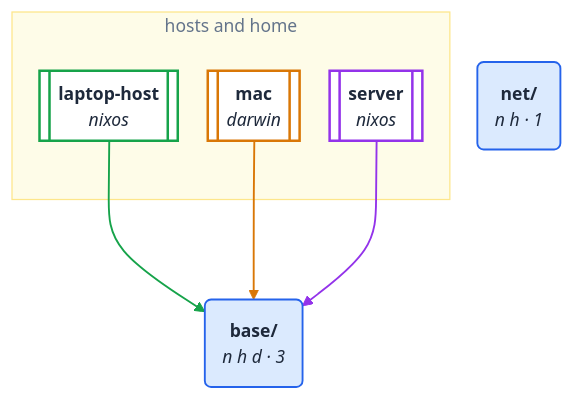
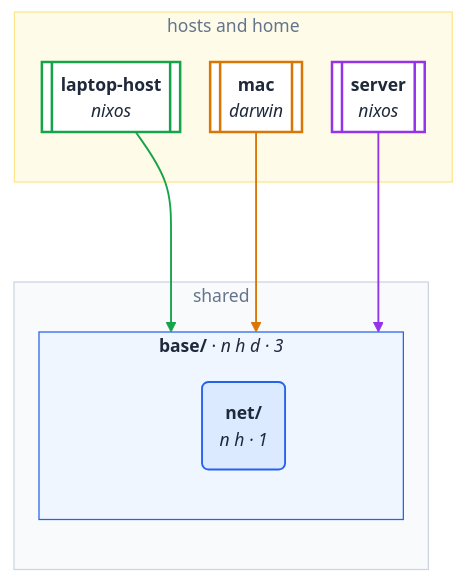
The second of 2 diagrams in tests/fixtures/drawings.md (NireBryce/flake-module-graph), drawn with Mermaid before and after one commit. The commit also changed 1 other file, not shown here.

Commit message:
Merge origin/main into feat/page; redraw what this PR moved
checks.markdown (from #7) failed on tests/fixtures/drawings.md: its
`hosts --category base` drawing is stale because this PR draws a
filtered category inside its area. Redrawn with the documented command;
the block is byte-identical to tests/expected/golden/hosts-base.mmd,
whose diff was read when the change was made. CHANGELOG: this PR's
lines under Unreleased.

````diff
--- a/tests/fixtures/drawings.md
+++ b/tests/fixtures/drawings.md
@@ -44,31 +44,37 @@
 ```mermaid
 %%{init: {"theme": "base", "themeVariables": {"fontFamily": "ui-sans-serif, system-ui, sans-serif", "fontSize": "14px", "lineColor": "#94a3b8"}, "flowchart": {"curve": "basis", "nodeSpacing": 24, "rankSpacing": 80, "padding": 14}}}%%
 flowchart TB
-    subgraph g0["hosts and home"]
-        n2[["<b>laptop-host</b><br/><i>nixos</i>"]]
-        n3[["<b>mac</b><br/><i>darwin</i>"]]
-        n4[["<b>server</b><br/><i>nixos</i>"]]
+    subgraph g0["shared"]
+        subgraph g1["<b>base/</b> · <i>n h d · 3</i>"]
+            n1("<b>net/</b><br/><i>n h · 1</i>")
+        end
     end
-    n0("<b>base/</b><br/><i>n h d · 3</i>")
-    n1("<b>net/</b><br/><i>n h · 1</i>")
-    n2 --> n0
-    n3 --> n0
-    n4 --> n0
+    subgraph g2["hosts and home"]
+        n3[["<b>laptop-host</b><br/><i>nixos</i>"]]
+        n4[["<b>mac</b><br/><i>darwin</i>"]]
+        n5[["<b>server</b><br/><i>nixos</i>"]]
+    end
+    n3 --> g1
+    n4 --> g1
+    n5 --> g1
+    n3 ~~~ n1
     linkStyle 0 stroke:#16a34a,stroke-width:1.5px
     linkStyle 1 stroke:#d97706,stroke-width:1.5px
     linkStyle 2 stroke:#9333ea,stroke-width:1.5px
-    style g0 fill:#fefce8,stroke:#fde68a,color:#64748b
-    style n2 stroke:#16a34a,stroke-width:2px
-    style n3 stroke:#d97706,stroke-width:2px
-    style n4 stroke:#9333ea,stroke-width:2px
+    style g0 fill:#f8fafc,stroke:#cbd5e1,color:#64748b
+    style g1 fill:#eff6ff,stroke:#2563eb,color:#1e293b
+    style g2 fill:#fefce8,stroke:#fde68a,color:#64748b
+    style n3 stroke:#16a34a,stroke-width:2px
+    style n4 stroke:#d97706,stroke-width:2px
+    style n5 stroke:#9333ea,stroke-width:2px
     classDef area fill:#f8fafc,stroke:#cbd5e1,color:#1e293b,stroke-width:1.5px
     classDef category fill:#dbeafe,stroke:#2563eb,color:#1e293b,stroke-width:1.5px
     classDef folder fill:#f1f5f9,stroke:#94a3b8,color:#1e293b,stroke-width:1.5px
     classDef module fill:#ffffff,stroke:#94a3b8,color:#1e293b,stroke-width:1.5px
     classDef aggregate fill:#ffffff,stroke:#f59e0b,color:#1e293b,stroke-width:1.5px
     classDef missing fill:#fee2e2,stroke:#ef4444,color:#1e293b,stroke-width:1.5px
     classDef orphan fill:#fff1f2,stroke:#e11d48,color:#1e293b,stroke-width:2.5px
     classDef bymodule stroke-dasharray:5 3
-    class n0,n1 category
-    class n2,n3,n4 aggregate
+    class n1 category
+    class n3,n4,n5 aggregate
 ```
````
